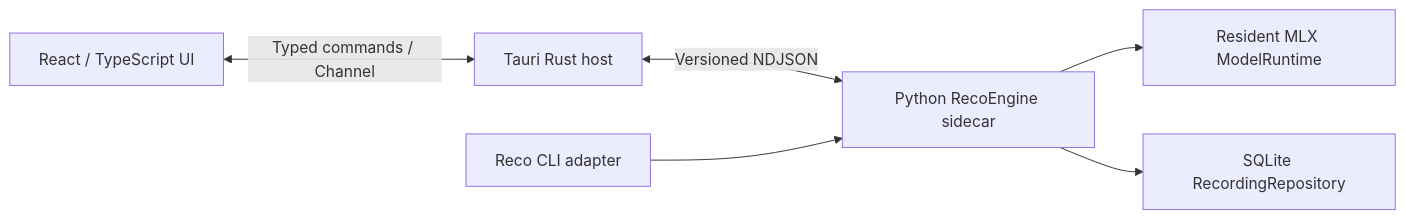
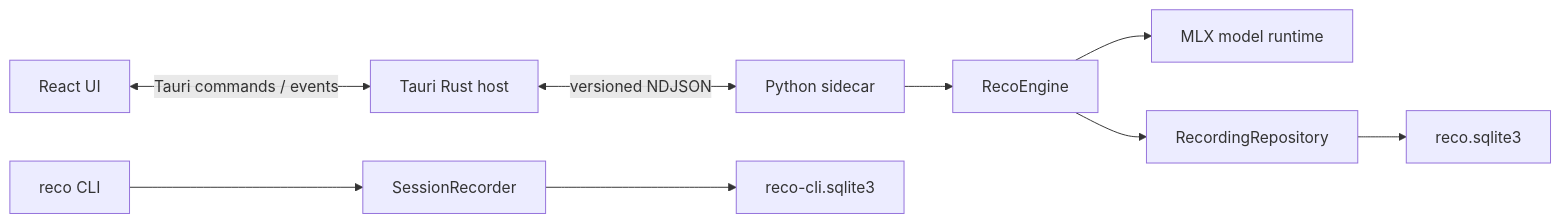
One commit to ph0ryn/RecoGUI changed the diagram in docs/application-design.md. Above: the diagram before and after it, drawn with Mermaid. The commit also changed other lines of this file and 4 other files, not shown here.

````diff
--- a/docs/application-design.md
+++ b/docs/application-design.md
@@ -31,15 +10,22 @@
 ```mermaid
 flowchart LR
-  UI["React / TypeScript UI"]
+  UI["React UI"]
   Host["Tauri Rust host"]
-  Engine["Python RecoEngine sidecar"]
-  Runtime["Resident MLX ModelRuntime"]
-  Storage["SQLite RecordingRepository"]
-  CLI["Reco CLI adapter"]
+  Sidecar["Python sidecar"]
+  Engine["RecoEngine"]
+  Runtime["MLX model runtime"]
+  Repository["RecordingRepository"]
+  Database["reco.sqlite3"]
+  CLI["reco CLI"]
+  CLIRecorder["SessionRecorder"]
+  CLIDatabase["reco-cli.sqlite3"]
 
-  UI <-->|"Typed commands / Channel"| Host
-  Host <-->|"Versioned NDJSON"| Engine
+  UI <-->|"Tauri commands / events"| Host
+  Host <-->|"versioned NDJSON"| Sidecar
+  Sidecar --> Engine
   Engine --> Runtime
-  Engine --> Storage
-  CLI --> Engine
+  Engine --> Repository
+  Repository --> Database
+  CLI --> CLIRecorder
+  CLIRecorder --> CLIDatabase
 ```
````
